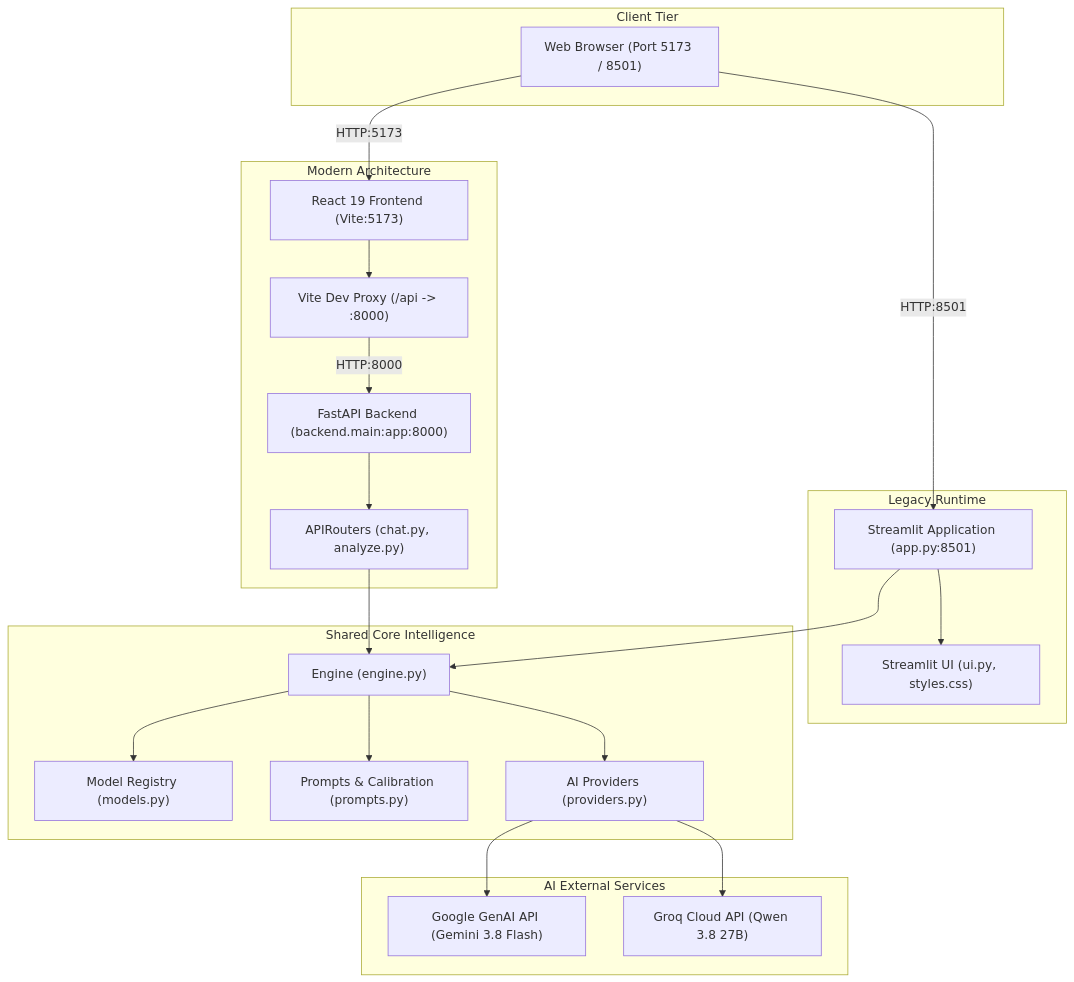
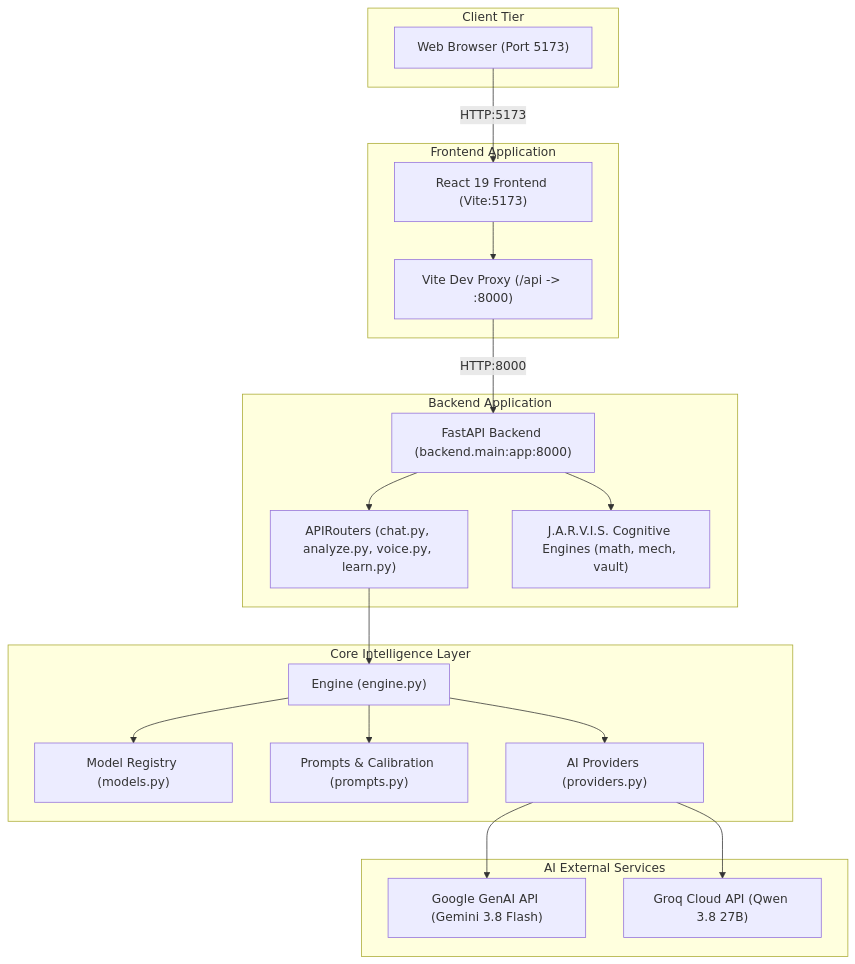
Before and after one commit to jagannath-badi/CircuitSnap: the first of 4 diagrams in docs/ARCHITECTURE.md, drawn with Mermaid. The commit also changed other lines of this file and 13 other files, not shown here.

Commit message:
feat(jarvis-pro): remove all Streamlit legacy files, harden multi-model failover, and ship Sonia voice + self-evolving vault

````diff
--- a/docs/ARCHITECTURE.md
+++ b/docs/ARCHITECTURE.md
@@ -13,46 +13,42 @@
 ```mermaid
 flowchart TD
     subgraph Client Tier
-        Browser["Web Browser (Port 5173 / 8501)"]
+        Browser["Web Browser (Port 5173)"]
     end
 
-    subgraph Legacy Runtime
-        Streamlit["Streamlit Application (app.py:8501)"]
-        UI_Streamlit["Streamlit UI (ui.py, styles.css)"]
+    subgraph Frontend Application
+        ReactApp["React 19 Frontend (Vite:5173)"]
+        ViteProxy["Vite Dev Proxy (/api -> :8000)"]
     end
 
-    subgraph Modern Architecture
-        ReactApp["React 19 Frontend (Vite:5173)"]
-        ViteProxy["Vite Dev Proxy (/api -> :8000)"]
+    subgraph Backend Application
         FastAPI["FastAPI Backend (backend.main:app:8000)"]
-        Routers["APIRouters (chat.py, analyze.py)"]
+        Routers["APIRouters (chat.py, analyze.py, voice.py, learn.py)"]
+        JarvisEngine["J.A.R.V.I.S. Cognitive Engines (math, mech, vault)"]
     end
 
-    subgraph Shared Core Intelligence
+    subgraph Core Intelligence Layer
         Engine["Engine (engine.py)"]
         Models["Model Registry (models.py)"]
         Prompts["Prompts & Calibration (prompts.py)"]
         Providers["AI Providers (providers.py)"]
     end
 
     subgraph AI External Services
         GeminiAPI["Google GenAI API (Gemini 3.8 Flash)"]
         GroqAPI["Groq Cloud API (Qwen 3.8 27B)"]
     end
 
-    Browser -->|HTTP:8501| Streamlit
-    Streamlit --> UI_Streamlit
-    Streamlit --> Engine
-
     Browser -->|HTTP:5173| ReactApp
     ReactApp --> ViteProxy
     ViteProxy -->|HTTP:8000| FastAPI
     FastAPI --> Routers
+    FastAPI --> JarvisEngine
     Routers --> Engine
 
     Engine --> Models
     Engine --> Prompts
     Engine --> Providers
     Providers --> GeminiAPI
     Providers --> GroqAPI
 ```
````
